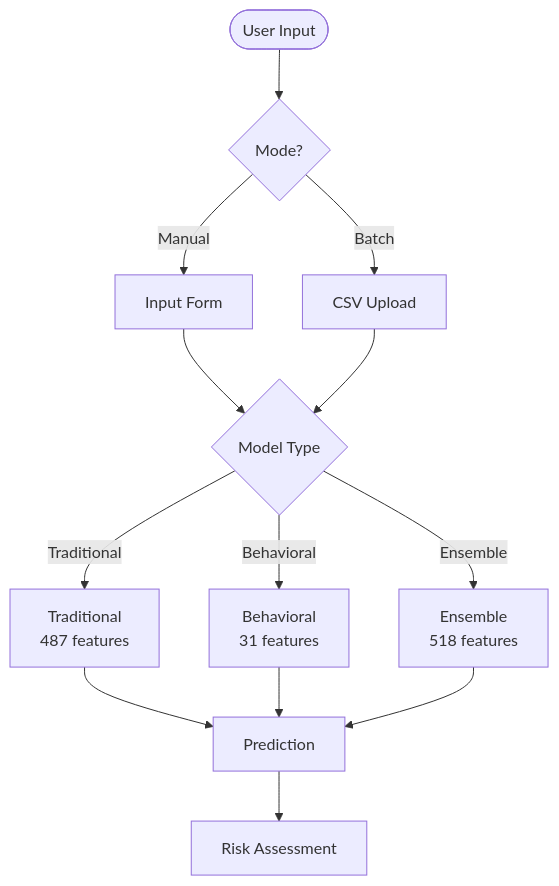
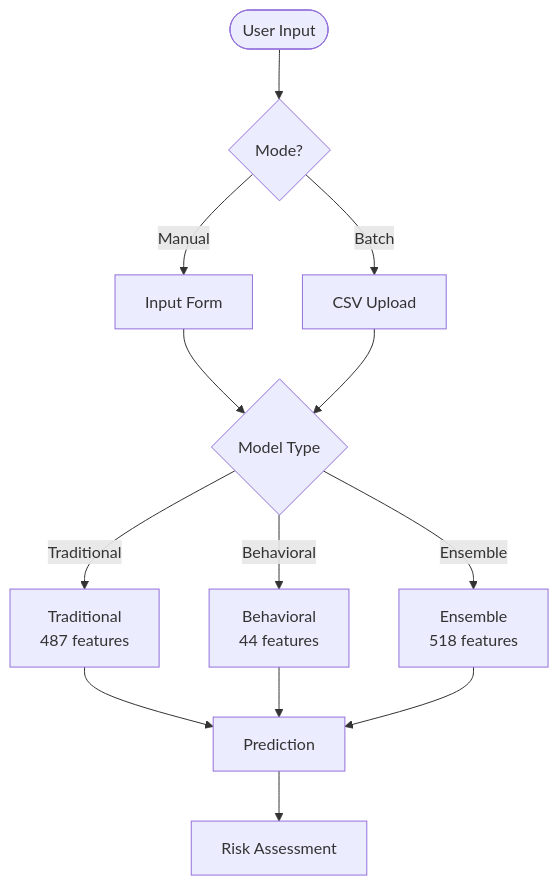
The first of 10 diagrams in ARCHITECTURE_GUIDE_COMPACT.md (walterzenia/A-smart-Loan-default-hybrid-system), drawn with Mermaid before and after one commit. The commit also changed other lines of this file and 9 other files, not shown here.

Commit message:
Fix documentation: Correct Traditional model (487 features from 7 datasets) and Behavioral model (44 features: 23 base + 21 engineered) feature counts across all documentation files

````diff
--- a/ARCHITECTURE_GUIDE_COMPACT.md
+++ b/ARCHITECTURE_GUIDE_COMPACT.md
@@ -5,19 +5,19 @@
 ```mermaid
 graph TB
     Input([User Input]) --> Mode{Mode?}
     Mode -->|Manual| Form[Input Form]
     Mode -->|Batch| CSV[CSV Upload]
 
     Form --> Model{Model Type}
     CSV --> Model
 
     Model -->|Traditional| T[Traditional<br/>487 features]
-    Model -->|Behavioral| B[Behavioral<br/>31 features]
+    Model -->|Behavioral| B[Behavioral<br/>44 features]
     Model -->|Ensemble| E[Ensemble<br/>518 features]
 
     T --> Pred[Prediction]
     B --> Pred
     E --> Pred
 
     Pred --> Risk[Risk Assessment]
 ```
````
